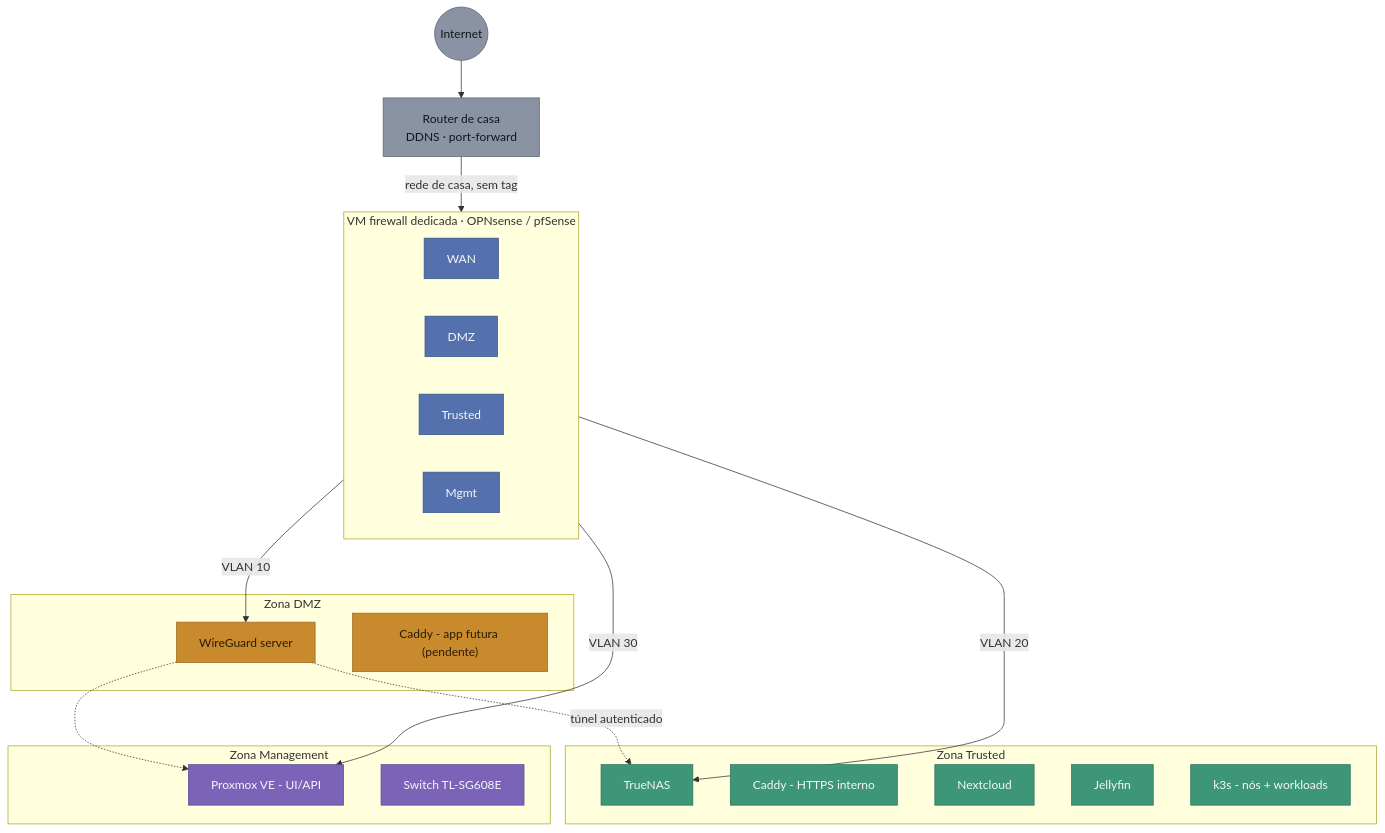
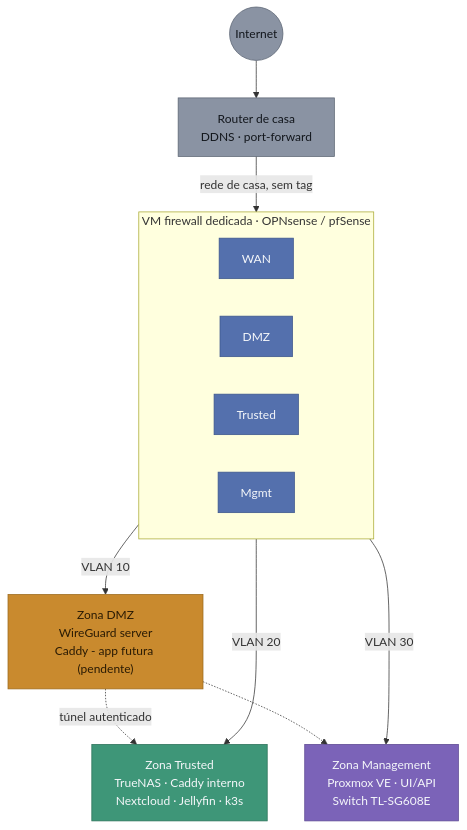
The diagram in docs/ESQUEMA_LOGICO_REDE.md (RuiGRMargarido/homelab), drawn with Mermaid before and after one commit. The commit also changed other lines of this file, not shown here.

Commit message:
Corrige largura do diagrama e formato da legenda
Cada zona passa a uma unica caixa (servicos ja detalhados na tabela
Zonas/VLANs), reduzindo o diagrama de ~1490px para ~535px de largura
e evitando scroll horizontal. A tentativa anterior (direction TB
dentro de cada subgraph) nao resultou - o Mermaid ignora-a quando ha
ligacoes entre subgraphs. Legenda tambem passa de paragrafo a tabela
compacta com marcadores de cor/linha.

````diff
--- a/docs/ESQUEMA_LOGICO_REDE.md
+++ b/docs/ESQUEMA_LOGICO_REDE.md
@@ -7,46 +7,28 @@
 ```mermaid
 flowchart TB
     INT(("Internet")):::neut
     ROUTER["Router de casa<br/>DDNS · port-forward"]:::neut
     INT --> ROUTER
     ROUTER -- "rede de casa, sem tag" --> FWWAN
 
     subgraph FW["VM firewall dedicada · OPNsense / pfSense"]
         direction LR
         FWWAN["WAN"]:::fw
         FWDMZ["DMZ"]:::fw
         FWTRU["Trusted"]:::fw
         FWMGM["Mgmt"]:::fw
     end
 
-    FWDMZ -- "VLAN 10" --> WG
-    FWTRU -- "VLAN 20" --> TN
-    FWMGM -- "VLAN 30" --> PVE
+    FWDMZ -- "VLAN 10" --> DMZZONE["Zona DMZ<br/>WireGuard server<br/>Caddy - app futura (pendente)"]:::dmz
+    FWTRU -- "VLAN 20" --> TRUZONE["Zona Trusted<br/>TrueNAS · Caddy interno<br/>Nextcloud · Jellyfin · k3s"]:::tru
+    FWMGM -- "VLAN 30" --> MGMTZONE["Zona Management<br/>Proxmox VE · UI/API<br/>Switch TL-SG608E"]:::mgmt
 
-    subgraph DMZ["Zona DMZ"]
-        WG["WireGuard server"]:::dmz
-        FUT["Caddy - app futura (pendente)"]:::dmz
-    end
-
-    subgraph TRUSTED["Zona Trusted"]
-        TN["TrueNAS"]:::tru
-        CADDY["Caddy - HTTPS interno"]:::tru
-        NC["Nextcloud"]:::tru
-        JF["Jellyfin"]:::tru
-        K3S["k3s - nós + workloads"]:::tru
-    end
-
-    subgraph MGMT["Zona Management"]
-        PVE["Proxmox VE - UI/API"]:::mgmt
-        SWG["Switch TL-SG608E"]:::mgmt
-    end
-
-    WG -. "túnel autenticado" .-> TN
-    WG -.-> PVE
+    DMZZONE -. "túnel autenticado" .-> TRUZONE
+    DMZZONE -.-> MGMTZONE
 
     classDef neut fill:#8A93A3,stroke:#5B6472,color:#12161C
     classDef fw fill:#5470AD,stroke:#3C568C,color:#F5F7FA
     classDef dmz fill:#C98A2E,stroke:#9C6B1F,color:#2A1B04
     classDef tru fill:#3E9678,stroke:#2C7259,color:#F5F7FA
     classDef mgmt fill:#7B63B8,stroke:#5E4A93,color:#F5F7FA
 ```
````
